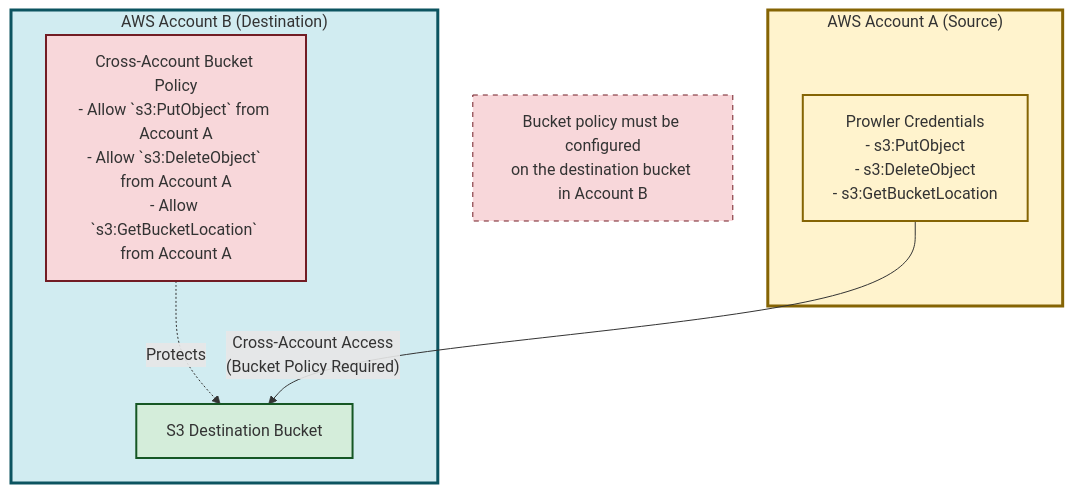
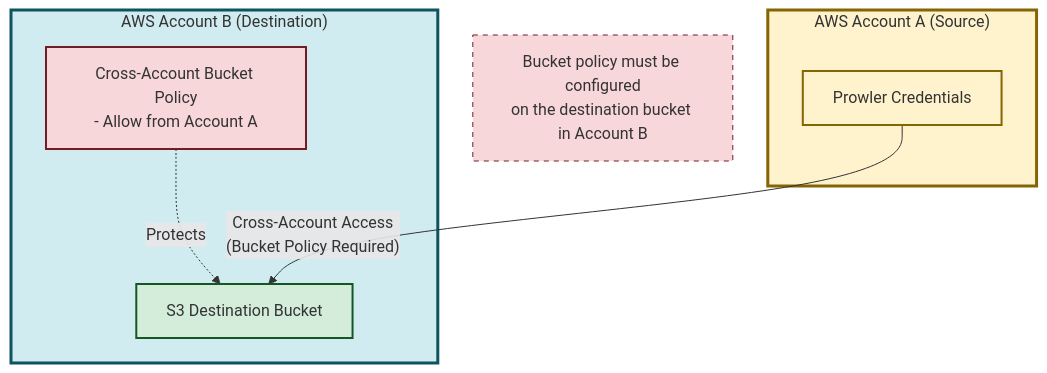
Before and after one commit to prowler-cloud/prowler: the second of 3 diagrams in docs/tutorials/prowler-app-s3-integration.md, drawn with Mermaid. The commit also changed other lines of this file, not shown here.

````diff
--- a/docs/tutorials/prowler-app-s3-integration.md
+++ b/docs/tutorials/prowler-app-s3-integration.md
@@ -154,24 +154,24 @@
 ```mermaid
 graph TB
     subgraph AccountA["AWS Account A (Source)"]
-        RoleA["Prowler Credentials<br/>- s3:PutObject<br/>- s3:DeleteObject<br/>- s3:GetBucketLocation"]
+        RoleA["Prowler Credentials<br/>"]
     end
 
     subgraph AccountB["AWS Account B (Destination)"]
         BucketB["S3 Destination Bucket"]
-        PolicyB["Cross-Account Bucket Policy<br/>- Allow `s3:PutObject` from Account A<br/>- Allow `s3:DeleteObject` from Account A<br/>- Allow `s3:GetBucketLocation` from Account A"]
+        PolicyB["Cross-Account Bucket Policy<br/>- Allow from Account A"]
 
         PolicyB -.->|"Protects"| BucketB
     end
 
     RoleA -->|" Cross-Account Access<br/>(Bucket Policy Required)"| BucketB
 
     Warning["Bucket policy must be configured<br/>on the destination bucket in Account B"]
 
     style AccountA fill:#fff3cd,stroke:#856404,stroke-width:3px
     style AccountB fill:#d1ecf1,stroke:#0c5460,stroke-width:3px
     style RoleA fill:#fff3cd,stroke:#856404,stroke-width:2px
     style BucketB fill:#d4edda,stroke:#155724,stroke-width:2px
     style PolicyB fill:#f8d7da,stroke:#721c24,stroke-width:2px
     style Warning fill:#f8d7da,stroke:#721c24,stroke-width:1px,stroke-dasharray: 5 5
 ```
````
